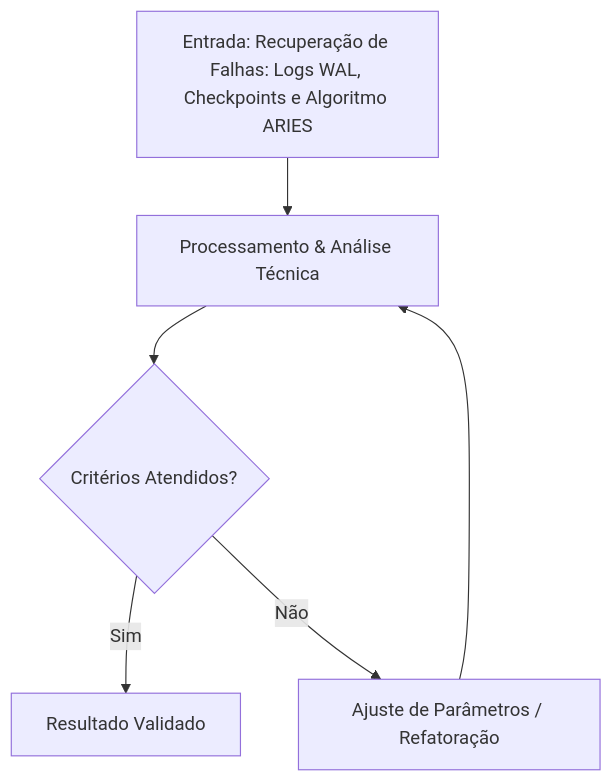
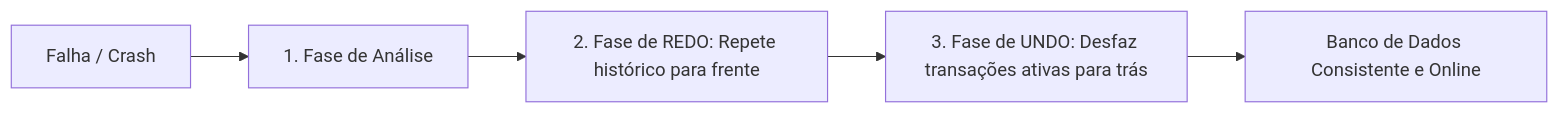
The diagram in content/pt-br/resource/Engenharia de Computação/6-periodo/banco-de-dados/anotacoes/aula-11-recuperacao-de-falhas-logs-wal-checkpoints-e-algoritmo-aries.md (pedroiff0/page), drawn with Mermaid before and after one commit. The commit also changed other lines of this file and 826 other files, not shown here.

````diff
--- a/content/pt-br/resource/Engenharia de Computação/6-periodo/banco-de-dados/anotacoes/aula-11-recuperacao-de-falhas-logs-wal-checkpoints-e-algoritmo-aries.md
+++ b/content/pt-br/resource/Engenharia de Computação/6-periodo/banco-de-dados/anotacoes/aula-11-recuperacao-de-falhas-logs-wal-checkpoints-e-algoritmo-aries.md
@@ -74,8 +91,7 @@
 ```mermaid
-flowchart TD
-    A[Entrada: Recuperação de Falhas: Logs WAL, Checkpoints e Algoritmo ARIES] --> B[Processamento & Análise Técnica]
-    B --> C{Critérios Atendidos?}
-    C -- Sim --> D[Resultado Validado]
-    C -- Não --> E[Ajuste de Parâmetros / Refatoração]
-    E --> B
+flowchart LR
+    Crash[Falha / Crash] --> A[1. Fase de Análise]
+    A --> R[2. Fase de REDO: Repete histórico para frente]
+    R --> U[3. Fase de UNDO: Desfaz transações ativas para trás]
+    U --> Ready[Banco de Dados Consistente e Online]
 ```
````
